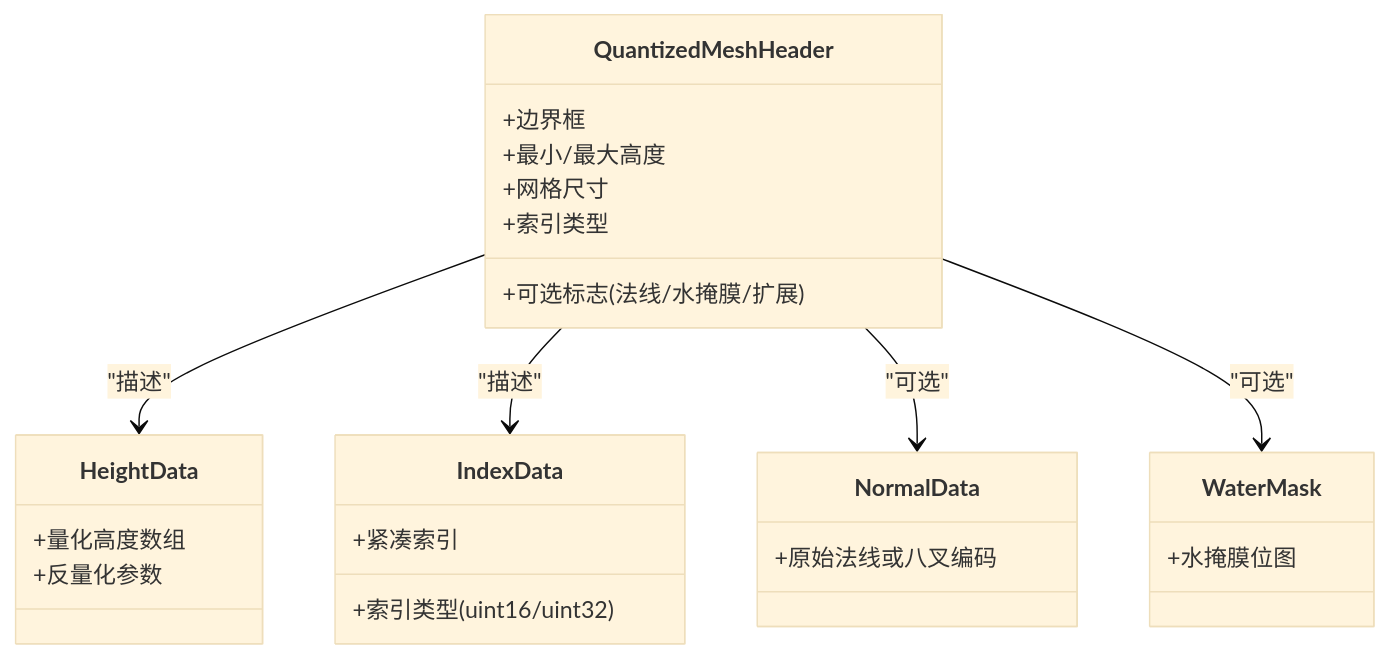
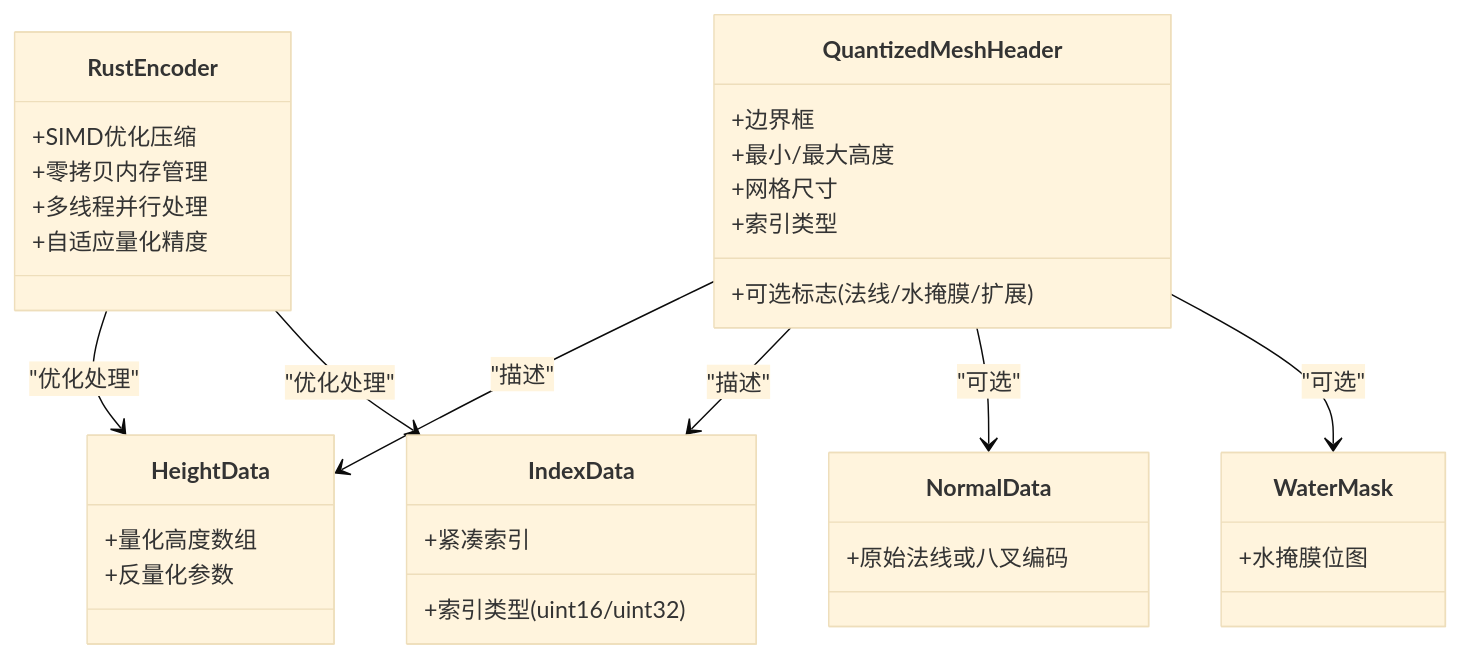
Before and after one commit to rzhangjing/cesium: the fourth of 7 diagrams in .qoder/repowiki/zh/content/项目概述/核心特性/地形与影像系统/地形数据提供者系统.md, drawn with Mermaid (base theme). The commit also changed other lines of this file and 56 other files, not shown here.

````diff
--- a/.qoder/repowiki/zh/content/项目概述/核心特性/地形与影像系统/地形数据提供者系统.md
+++ b/.qoder/repowiki/zh/content/项目概述/核心特性/地形与影像系统/地形数据提供者系统.md
@@ -199,28 +248,36 @@
 ```mermaid
 classDiagram
 class QuantizedMeshHeader {
 +边界框
 +最小/最大高度
 +网格尺寸
 +索引类型
 +可选标志(法线/水掩膜/扩展)
 }
 class HeightData {
 +量化高度数组
 +反量化参数
 }
 class IndexData {
 +紧凑索引
 +索引类型(uint16/uint32)
 }
 class NormalData {
 +原始法线或八叉编码
 }
 class WaterMask {
 +水掩膜位图
 }
+class RustEncoder {
++SIMD优化压缩
++零拷贝内存管理
++多线程并行处理
++自适应量化精度
+}
 QuantizedMeshHeader --> HeightData : "描述"
 QuantizedMeshHeader --> IndexData : "描述"
 QuantizedMeshHeader --> NormalData : "可选"
 QuantizedMeshHeader --> WaterMask : "可选"
+RustEncoder --> HeightData : "优化处理"
+RustEncoder --> IndexData : "优化处理"
 ```
````
